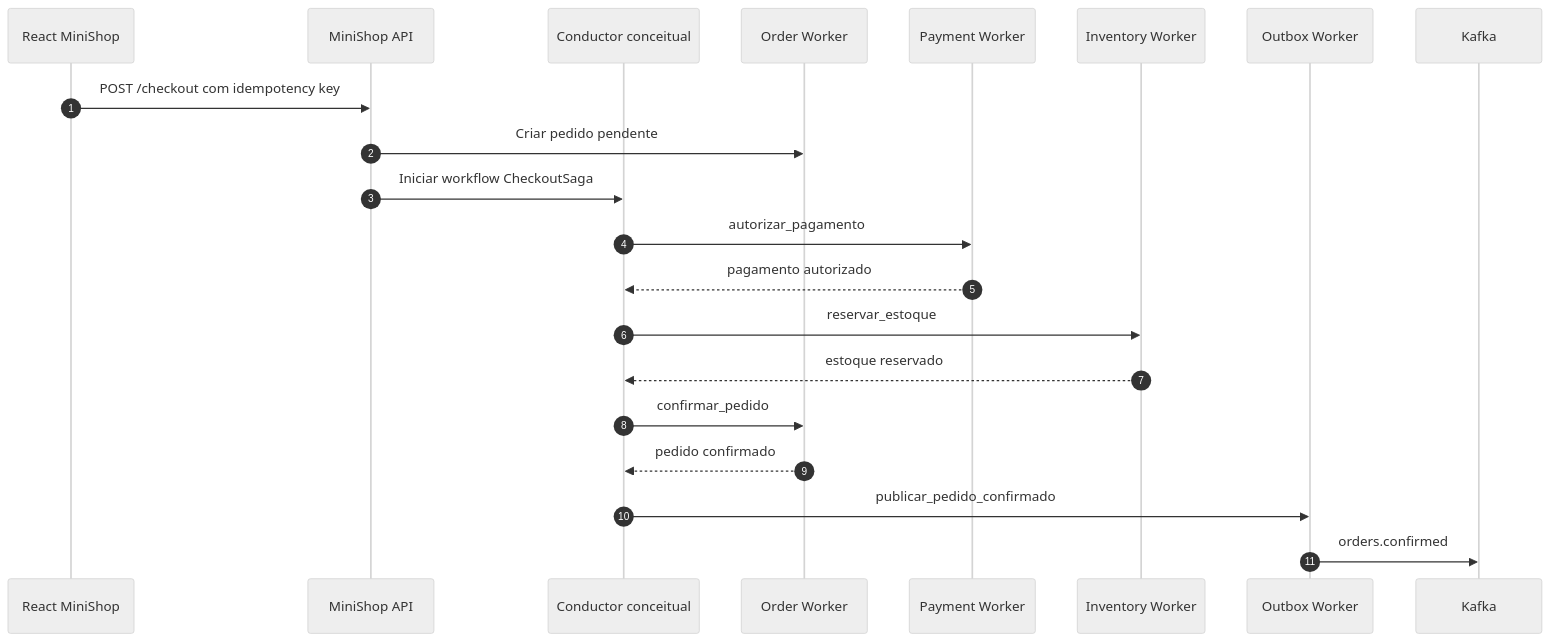
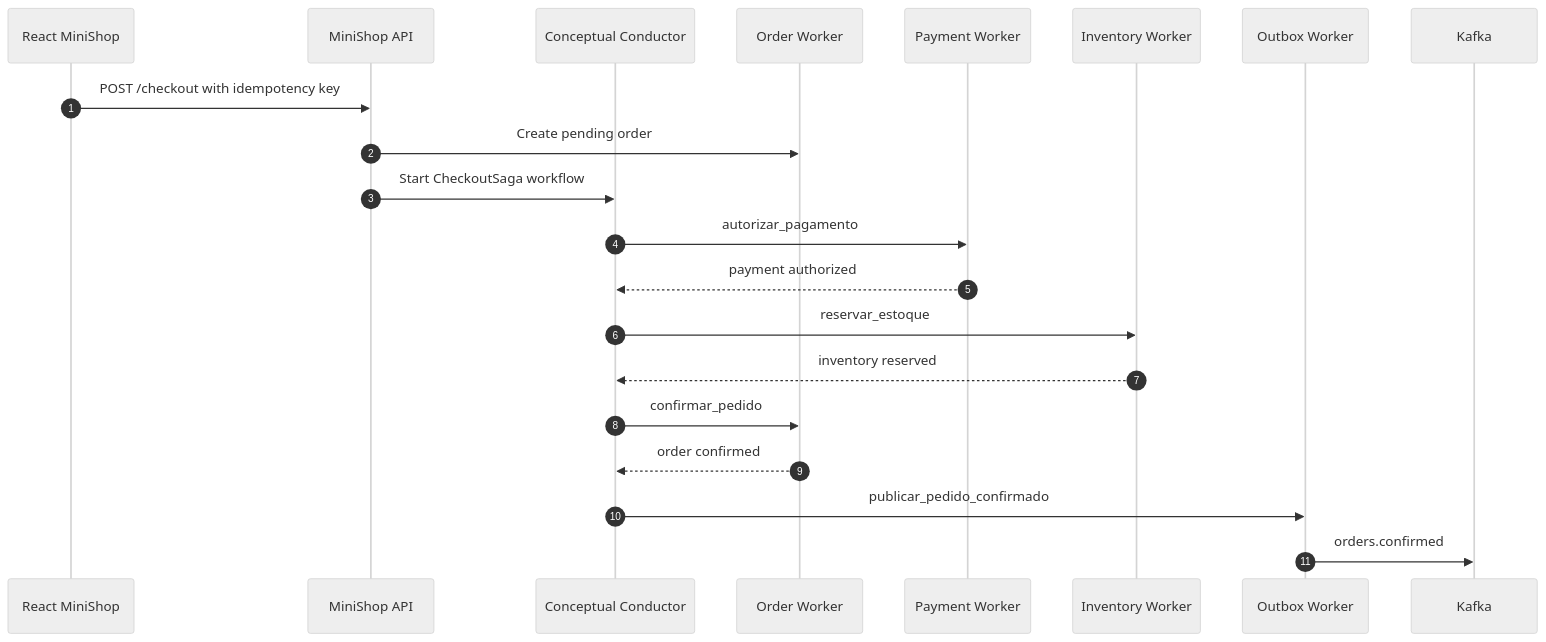
The first of 3 diagrams in event-driven-order-processing-system-main/fullstack-system-design-playbook/docs/saga-orchestration/minishop-conductor-blueprint.md (Thiago771414/event-driven-order-processing-system), drawn with Mermaid (neutral theme) before and after one commit. The commit also changed other lines of this file and 19 other files, not shown here.

````diff
--- a/event-driven-order-processing-system-main/fullstack-system-design-playbook/docs/saga-orchestration/minishop-conductor-blueprint.md
+++ b/event-driven-order-processing-system-main/fullstack-system-design-playbook/docs/saga-orchestration/minishop-conductor-blueprint.md
@@ -32,24 +32,24 @@
 ```mermaid
 sequenceDiagram
   autonumber
   participant UI as React MiniShop
   participant API as MiniShop API
-  participant Conductor as Conductor conceitual
+  participant Conductor as Conceptual Conductor
   participant Order as Order Worker
   participant Payment as Payment Worker
   participant Inventory as Inventory Worker
   participant Outbox as Outbox Worker
   participant Kafka as Kafka
 
-  UI->>API: POST /checkout com idempotency key
-  API->>Order: Criar pedido pendente
-  API->>Conductor: Iniciar workflow CheckoutSaga
+  UI->>API: POST /checkout with idempotency key
+  API->>Order: Create pending order
+  API->>Conductor: Start CheckoutSaga workflow
   Conductor->>Payment: autorizar_pagamento
-  Payment-->>Conductor: pagamento autorizado
+  Payment-->>Conductor: payment authorized
   Conductor->>Inventory: reservar_estoque
-  Inventory-->>Conductor: estoque reservado
+  Inventory-->>Conductor: inventory reserved
   Conductor->>Order: confirmar_pedido
-  Order-->>Conductor: pedido confirmado
+  Order-->>Conductor: order confirmed
   Conductor->>Outbox: publicar_pedido_confirmado
   Outbox->>Kafka: orders.confirmed
 ```
````
